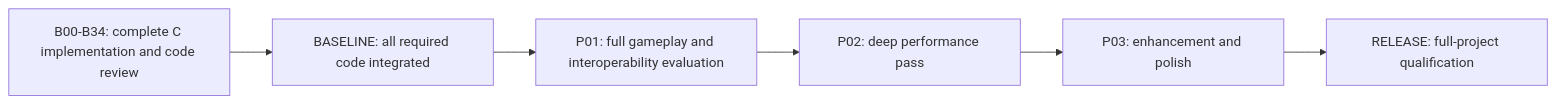
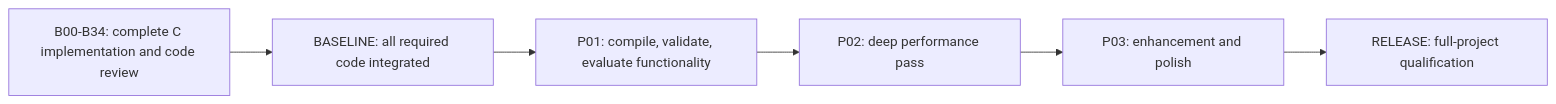
Before and after one commit to mgd34msu/Quake-Anthology: the diagram in docs/dependency-graph.md, drawn with Mermaid. The commit also changed other lines of this file and 35 other files, not shown here.

````diff
--- a/docs/dependency-graph.md
+++ b/docs/dependency-graph.md
@@ -5,8 +5,8 @@
 ```mermaid
 flowchart LR
     BUILD["B00-B34: complete C implementation and code review"] --> BASELINE["BASELINE: all required code integrated"]
-    BASELINE --> P01["P01: full gameplay and interoperability evaluation"]
+    BASELINE --> P01["P01: compile, validate, evaluate functionality"]
     P01 --> P02["P02: deep performance pass"]
     P02 --> P03["P03: enhancement and polish"]
     P03 --> RELEASE["RELEASE: full-project qualification"]
 ```
````
